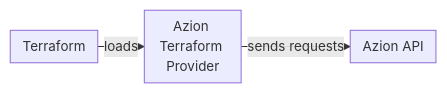
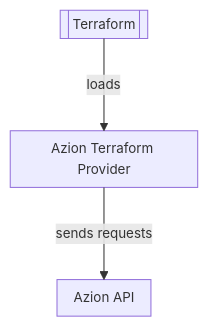
One commit to aziontech/docs changed the diagram in apps/docs/src/content/docs/en/pages/devtools/terraform/how-it-works.mdx. Above: the diagram before and after it, drawn with Mermaid. The commit also changed 179 other files, not shown here.

Commit message:
docs(diagrams): redraw every other diagram in the use-case diagram style (#2513)

````diff
--- a/apps/docs/src/content/docs/en/pages/devtools/terraform/how-it-works.mdx
+++ b/apps/docs/src/content/docs/en/pages/devtools/terraform/how-it-works.mdx
@@ -26,6 +26,6 @@
 ```mermaid
-%%{init: {"layout": "dagre", "themeVariables": {"fontSize": "13px"}, "flowchart": {"nodeSpacing": 12, "rankSpacing": 12, "padding": 6, "wrappingWidth": 70, "minNodeWidth": 40, "useMaxWidth": true}}}%%
-flowchart LR
-  Tf["Terraform"] -->|"loads"| Prov["Azion Terraform Provider"]
+%%{init: {"layout": "elk", "themeVariables": {"fontSize": "13px"}, "flowchart": {"nodeSpacing": 24, "rankSpacing": 36, "padding": 8, "wrappingWidth": 150, "useMaxWidth": true}, "sequence": {"width": 120, "actorMargin": 30, "useMaxWidth": true}}}%%
+flowchart TD
+  Tf[["Terraform"]] -->|"loads"| Prov["Azion Terraform Provider"]
   Prov -->|"sends requests"| Api["Azion API"]
 ```
````
